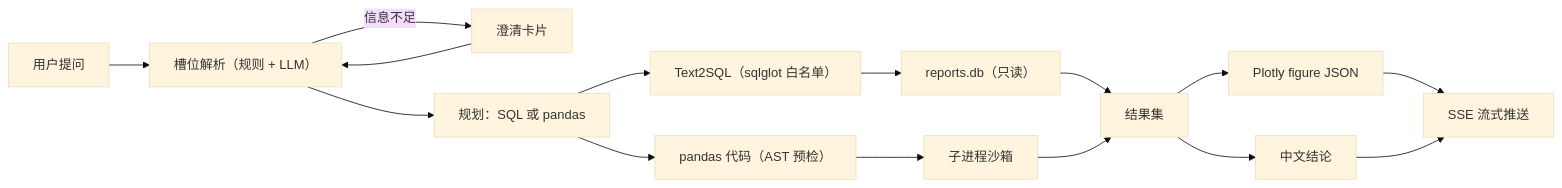
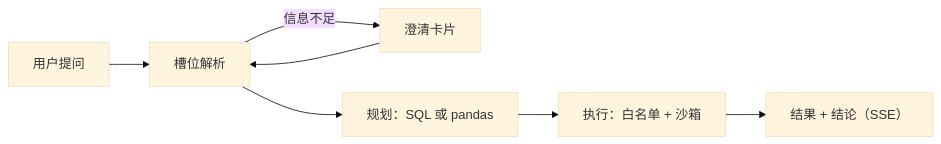
One commit to GlushkoFelix/power_report_agent changed the diagram in README.md. Above: the diagram before and after it, drawn with Mermaid (base theme). The commit also changed other lines of this file, not shown here.

Commit message:
docs: 精简架构图宽度，避免被 GitHub 悬浮工具栏遮挡

````diff
--- a/README.md
+++ b/README.md
@@ -128,17 +128,9 @@
 ```mermaid
 flowchart LR
-    A["用户提问"] --> B["槽位解析（规则 + LLM）"]
+    A["用户提问"] --> B["槽位解析"]
     B -->|信息不足| C["澄清卡片"]
     C --> B
     B --> D["规划：SQL 或 pandas"]
-    D --> E["Text2SQL（sqlglot 白名单）"]
-    D --> F["pandas 代码（AST 预检）"]
-    E --> G["reports.db（只读）"]
-    F --> H["子进程沙箱"]
-    G --> I["结果集"]
-    H --> I
-    I --> J["Plotly figure JSON"]
-    I --> K["中文结论"]
-    J --> L["SSE 流式推送"]
-    K --> L
+    D --> E["执行：白名单 + 沙箱"]
+    E --> F["结果 + 结论（SSE）"]
 ```
````
